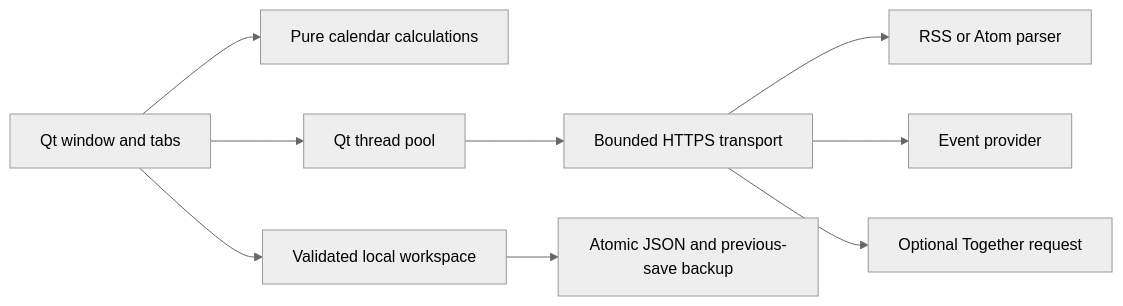
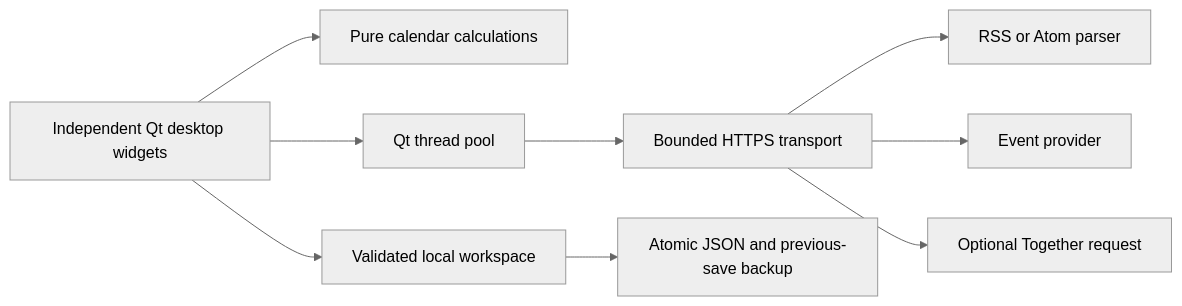
Before and after one commit to maboox/ShamsiCal: the diagram in docs/ARCHITECTURE.md, drawn with Mermaid (neutral theme). The commit also changed other lines of this file and 30 other files, not shown here.

Commit message:
Restore independent desktop widgets with saved layout and tray controls

````diff
--- a/docs/ARCHITECTURE.md
+++ b/docs/ARCHITECTURE.md
@@ -5,11 +5,11 @@
 ```mermaid
 flowchart LR
-  UI[Qt window and tabs] --> Calendar[Pure calendar calculations]
+  UI[Independent Qt desktop widgets] --> Calendar[Pure calendar calculations]
   UI --> Store[Validated local workspace]
   UI --> Jobs[Qt thread pool]
   Jobs --> Network[Bounded HTTPS transport]
   Network --> Feed[RSS or Atom parser]
   Network --> Events[Event provider]
   Network --> AI[Optional Together request]
   Store --> Disk[Atomic JSON and previous-save backup]
 ```
````
